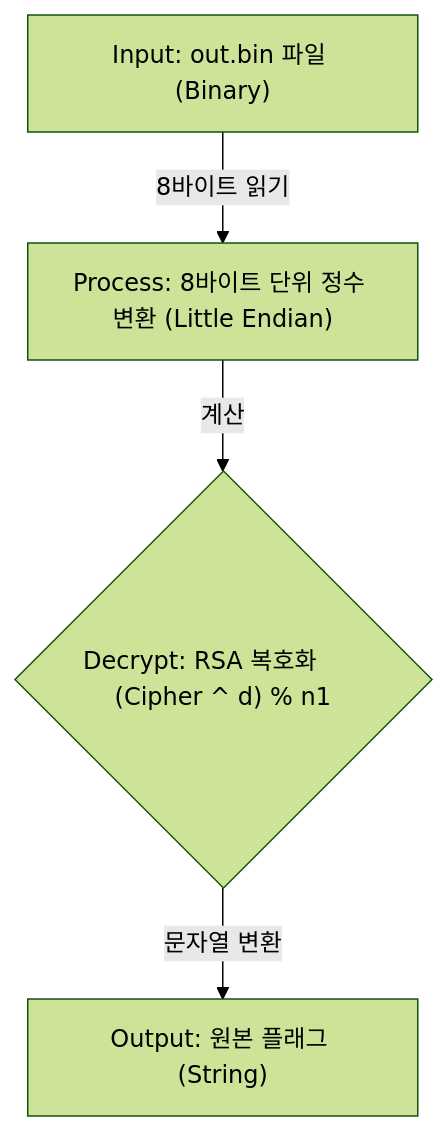
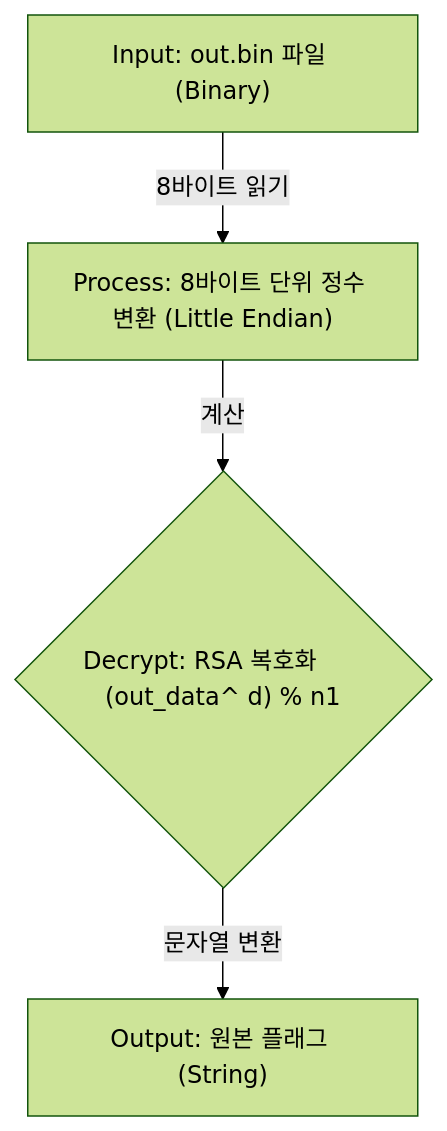
The second of 2 diagrams in Reversing/Public/README.md (dongyeon1113/Dreamhack-Wargame), drawn with Mermaid (forest theme) before and after one commit. The commit also changed other lines of this file, not shown here.

````diff
--- a/Reversing/Public/README.md
+++ b/Reversing/Public/README.md
@@ -198,11 +199,11 @@
 ```mermaid
 graph TD
     Node1[" Input: out.bin 파일 (Binary)"]
     Node2[" Process: 8바이트 단위 정수 변환 (Little Endian)"]
-    Node3{" Decrypt: RSA 복호화      (Cipher ^ d) % n1 "}
+    Node3{" Decrypt: RSA 복호화      (out_data^ d) % n1 "}
     Node4[" Output: 원본 플래그 (String)"]
 
     Node1 -->|8바이트 읽기| Node2
     Node2 -->|계산| Node3
     Node3 -->|문자열 변환| Node4
 ```
````
